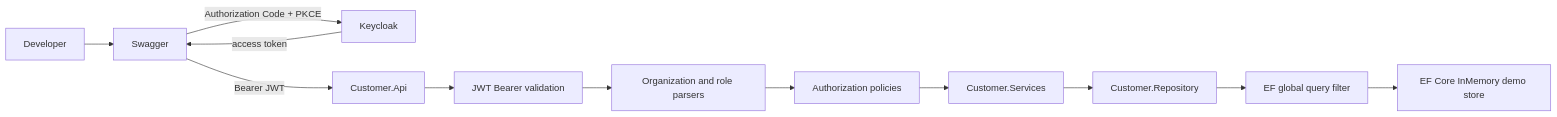
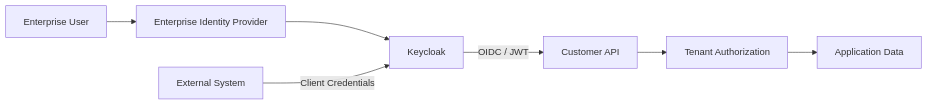
The diagram in README.md (yashshah7575/customer-api), drawn with Mermaid before and after one commit. The commit also changed other lines of this file and 63 other files, not shown here.

First line of the commit message:
Evolve the identity sample to tenant_id claims, RBAC policies, and Client Credentials.

````diff
--- a/README.md
+++ b/README.md
@@ -21,14 +22,10 @@
 ```mermaid
 flowchart LR
-  Developer --> Swagger
-  Swagger -->|"Authorization Code + PKCE"| Keycloak
-  Keycloak -->|"access token"| Swagger
-  Swagger -->|"Bearer JWT"| Api[Customer.Api]
-  Api --> AuthN[JWT Bearer validation]
-  AuthN --> Claims[Organization and role parsers]
-  Claims --> Policies[Authorization policies]
-  Policies --> Services[Customer.Services]
-  Services --> Repo[Customer.Repository]
-  Repo --> Filter[EF global query filter]
-  Filter --> Memory[EF Core InMemory demo store]
+    User[Enterprise User] --> IdP[Enterprise Identity Provider]
+    IdP --> KC[Keycloak]
+    KC -->|OIDC / JWT| API[Customer API]
+    API --> AUTH[Tenant Authorization]
+    AUTH --> DATA[Application Data]
+
+    EXT[External System] -->|Client Credentials| KC
 ```
````
